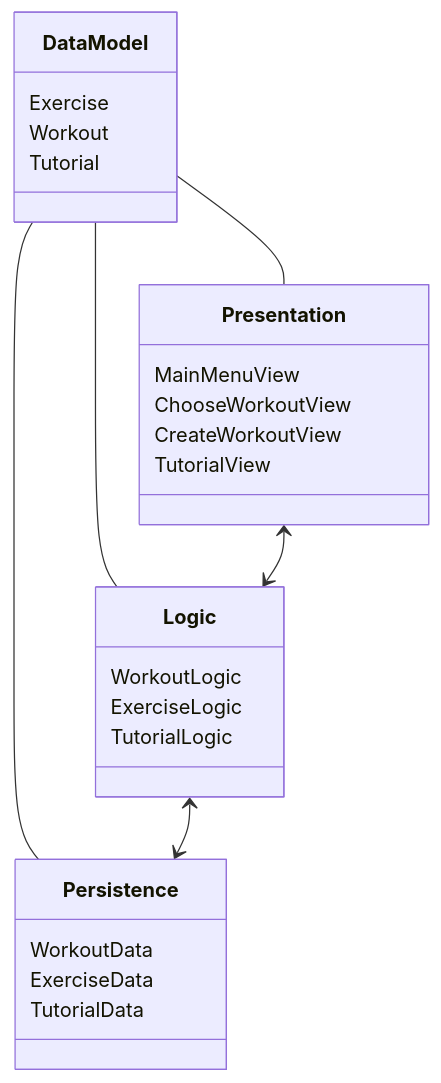
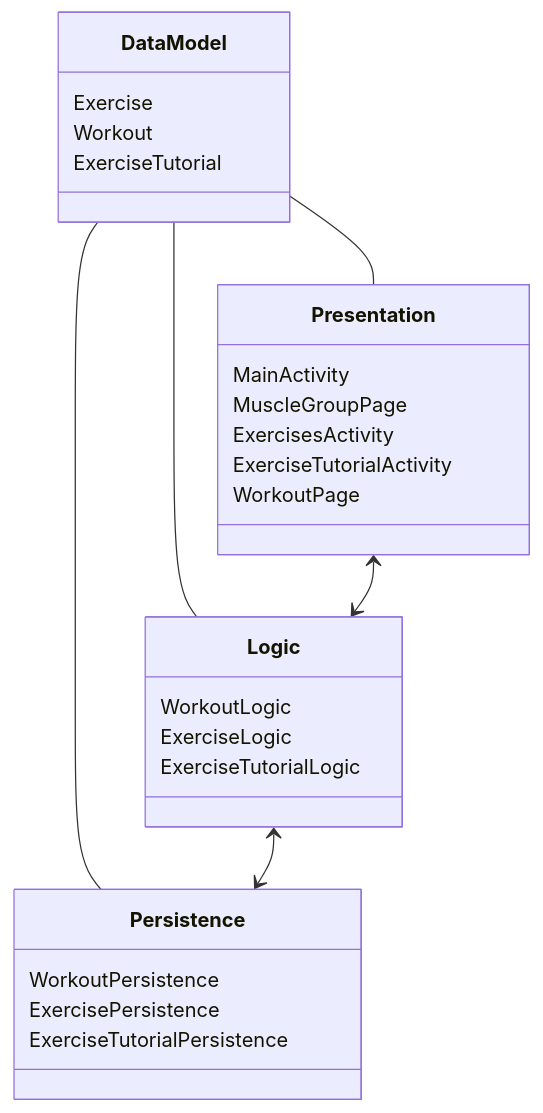
The diagram in ARCHITECTURE.md (GeistLitchi/fitclub), drawn with Mermaid before and after one commit.

````diff
--- a/ARCHITECTURE.md
+++ b/ARCHITECTURE.md
@@ -3,28 +3,29 @@
 ```mermaid
 classDiagram
     Data Model -- Presentation
     Data Model -- Logic
     Data Model -- Persistence
     Data Model : Exercise
     Data Model : Workout
-    Data Model : Tutorial
+    Data Model : ExerciseTutorial
     class Presentation{
-      MainMenuView
-      ChooseWorkoutView
-      CreateWorkoutView
-      TutorialView
+      MainActivity
+      MuscleGroupPage
+      ExercisesActivity
+      ExerciseTutorialActivity
+      WorkoutPage
     }
     class Logic{
       WorkoutLogic
       ExerciseLogic
-      TutorialLogic
+      ExerciseTutorialLogic
     }
     class Persistence{
-      WorkoutData
-      ExerciseData
-      TutorialData
+      WorkoutPersistence
+      ExercisePersistence
+      ExerciseTutorialPersistence
     }
 
     Logic <--> Persistence
     Presentation <--> Logic
 ```
````
